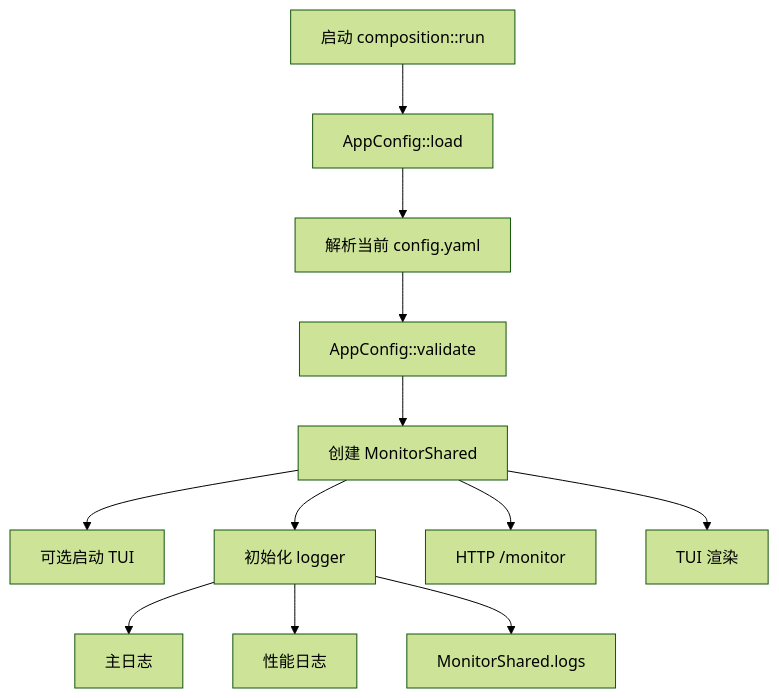
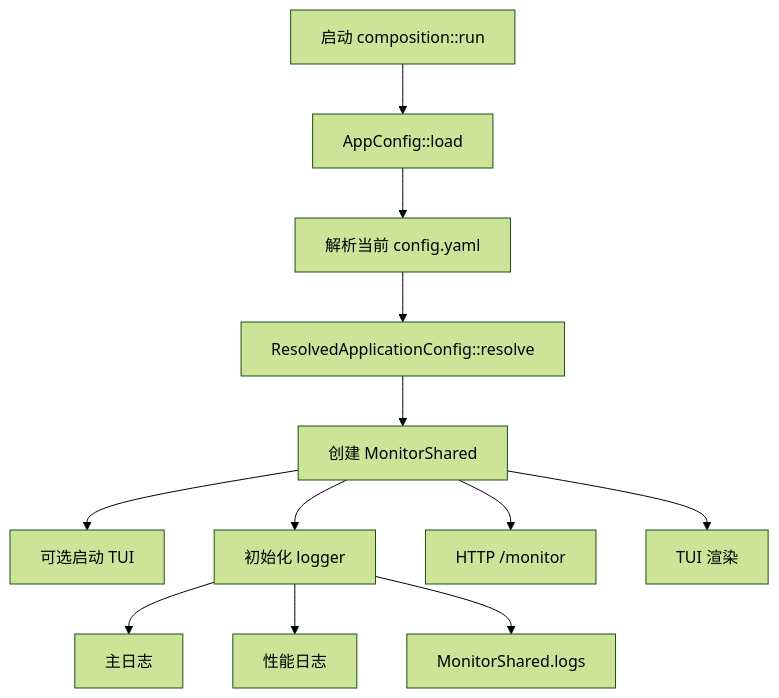
One commit to XingNian-www/Miliastra-Wonderland-Music changed the diagram in docs/config-observability-flow.md. Above: the diagram before and after it, drawn with Mermaid (forest theme). The commit also changed other lines of this file and 32 other files, not shown here.

````diff
--- a/docs/config-observability-flow.md
+++ b/docs/config-observability-flow.md
@@ -17,14 +17,14 @@
 ```mermaid
 flowchart TD
     A["启动 composition::run"] --> B["AppConfig::load"]
     B --> C["解析当前 config.yaml"]
-    C --> D["AppConfig::validate"]
+    C --> D["ResolvedApplicationConfig::resolve"]
     D --> E["创建 MonitorShared"]
     E --> F["可选启动 TUI"]
     E --> G["初始化 logger"]
     G --> H["主日志"]
     G --> I["性能日志"]
     G --> J["MonitorShared.logs"]
     E --> K["HTTP /monitor"]
     E --> L["TUI 渲染"]
 ```
````
